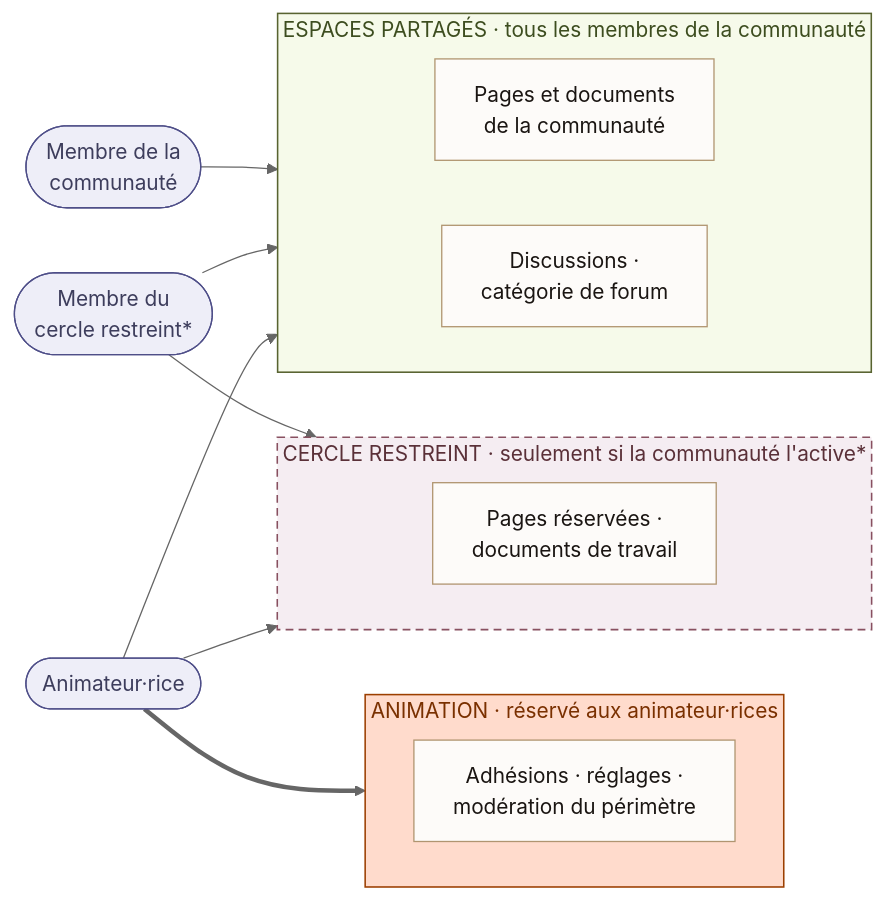
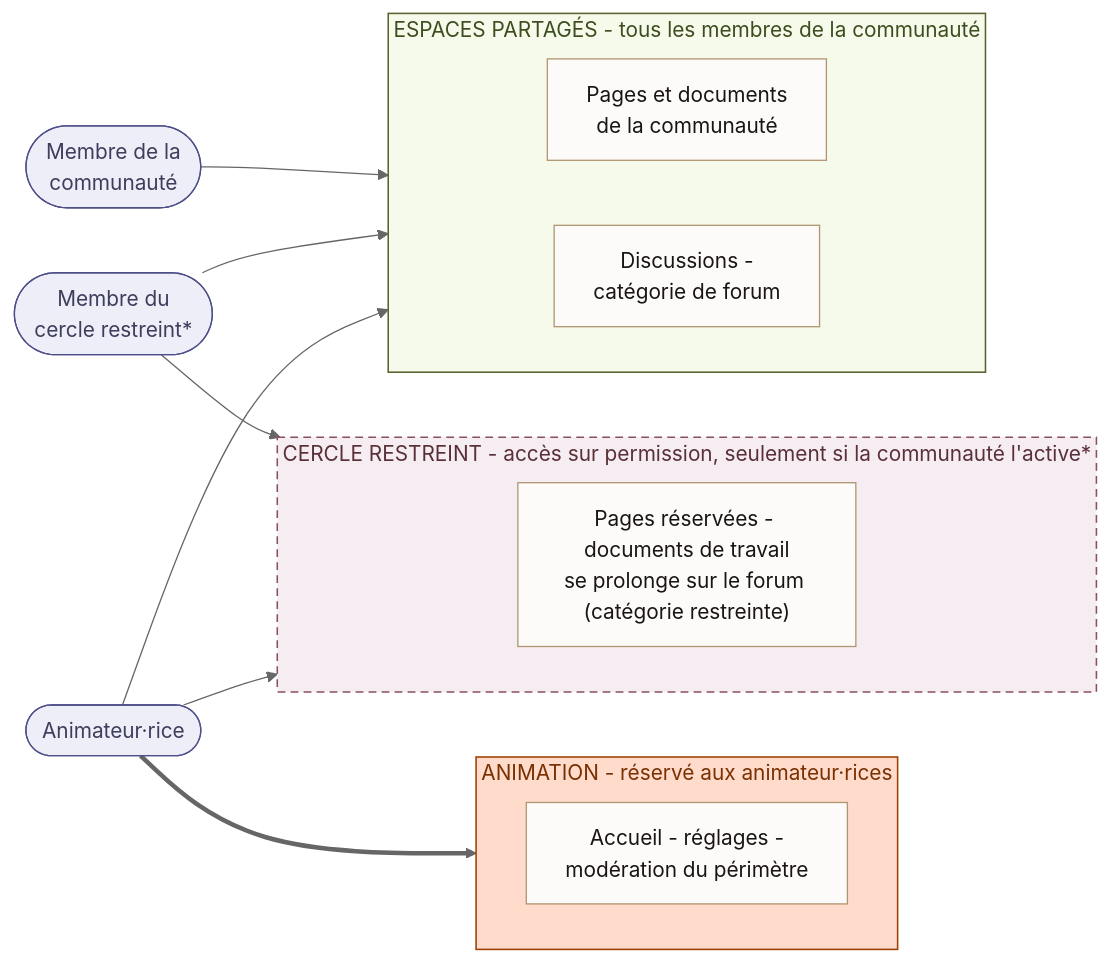
One commit to ThomasF63/e-sol-demo changed the second of 3 diagrams in src/components/diagram-roles-droits.md. Above: the diagram before and after it, drawn with Mermaid (neutral theme). The commit also changed other lines of this file and 83 other files, not shown here.

````diff
--- a/src/components/diagram-roles-droits.md
+++ b/src/components/diagram-roles-droits.md
@@ -71,37 +74,37 @@
 ```mermaid
 flowchart LR
     M(["Membre de la<br/>communauté"])
     CR(["Membre du<br/>cercle restreint*"])
     AN(["Animateur·rice"])
 
-    subgraph PARTAGE["ESPACES PARTAGÉS · tous les membres de la communauté"]
+    subgraph PARTAGE["ESPACES PARTAGÉS - tous les membres de la communauté"]
       direction LR
       E1["Pages et documents<br/>de la communauté"]
-      E2["Discussions ·<br/>catégorie de forum"]
+      E2["Discussions -<br/>catégorie de forum"]
     end
-    subgraph CERCLE["CERCLE RESTREINT · seulement si la communauté l'active*"]
+    subgraph CERCLE["CERCLE RESTREINT - accès sur permission, seulement si la communauté l'active*"]
       direction LR
-      R1["Pages réservées ·<br/>documents de travail"]
+      R1["Pages réservées - documents de travail<br/>se prolonge sur le forum (catégorie restreinte)"]
     end
-    subgraph ANIM["ANIMATION · réservé aux animateur·rices"]
+    subgraph ANIM["ANIMATION - réservé aux animateur·rices"]
       direction LR
-      G1["Adhésions · réglages ·<br/>modération du périmètre"]
+      G1["Accueil - réglages -<br/>modération du périmètre"]
     end
 
     M --> PARTAGE
     CR --> PARTAGE
     CR --> CERCLE
     AN --> PARTAGE
     AN --> CERCLE
     AN ==> ANIM
 
     classDef people fill:#eeeef8,stroke:#4e4e88,color:#3d3d5c
     classDef espace fill:#fdfbf9,stroke:#b09570,color:#1a1512
 
     class M,CR,AN people
     class E1,E2,R1,G1 espace
 
     style PARTAGE fill:#f6faea,stroke:#586330,stroke-width:1.2px,color:#3d4d1f
     style CERCLE fill:#f5edf2,stroke:#885060,stroke-width:1.2px,stroke-dasharray:6 4,color:#5a3038
     style ANIM fill:#ffdbcc,stroke:#9c3f00,stroke-width:1.2px,color:#7a3000
 ```
````
